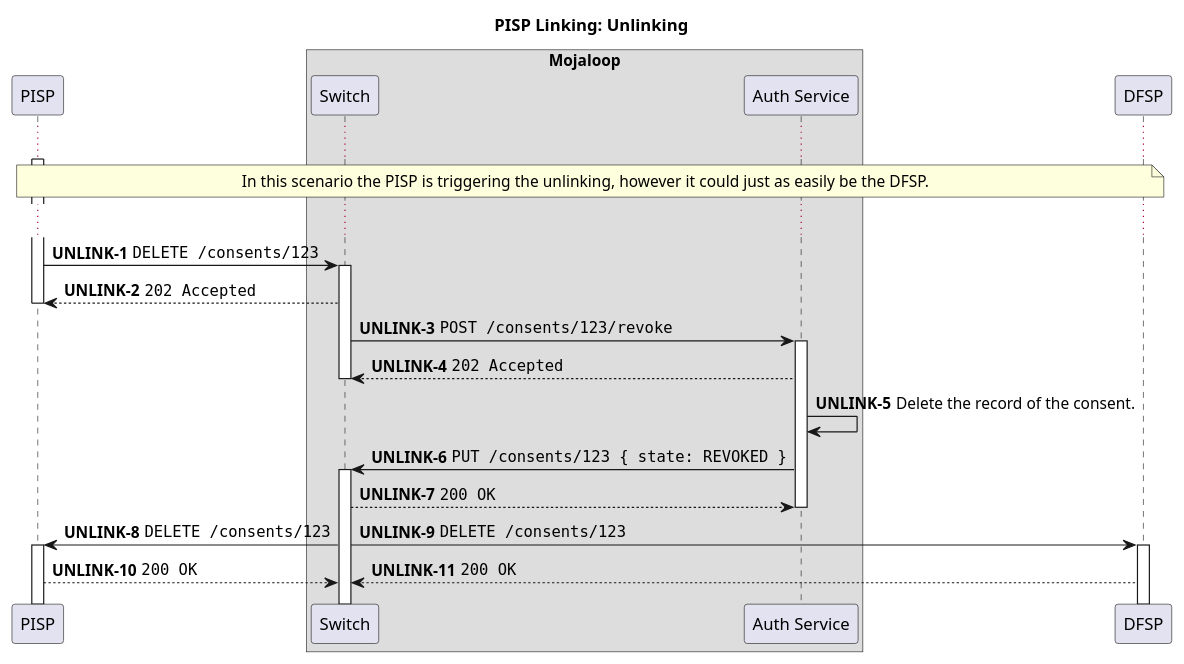
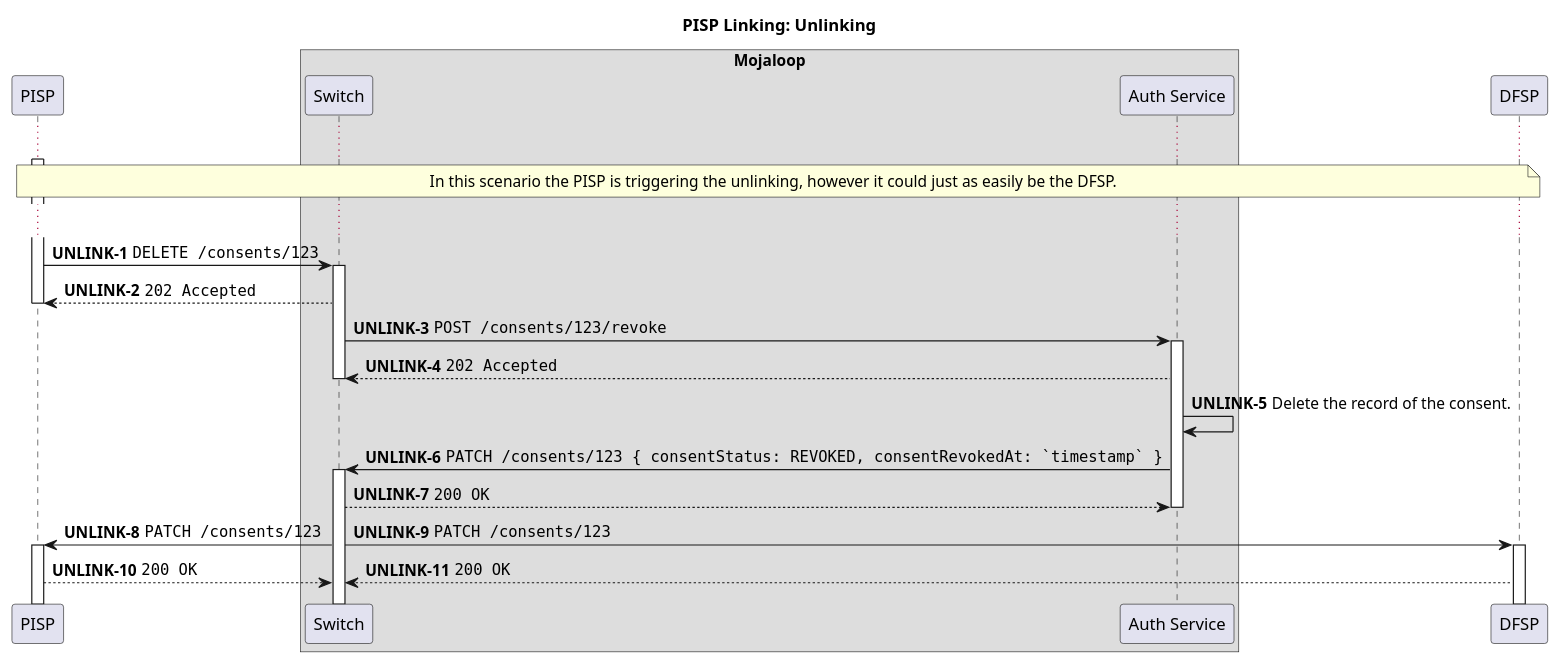
Before and after one commit to mojaloop/pisp-project: the diagram in docs/linking/unlinking.puml, drawn with PlantUML.

Commit message:
Updated based on PISP grooming session

```diff
--- a/docs/linking/unlinking.puml
+++ b/docs/linking/unlinking.puml
@@ -1,51 +1,51 @@
 @startuml
 
 !pragma teoz true
 
 title PISP Linking: Unlinking
 
 participant "PISP" as PISP
 
 box "Mojaloop"
     participant Switch
     participant "Auth Service" as Auth
 end box
 
 participant "DFSP" as DFSP
 
 autonumber 1 "<b>UNLINK-#</b>"
 
 activate PISP
 
 ...
 
 note over PISP, DFSP
   In this scenario the PISP is triggering the unlinking, however it could just as easily be the DFSP.
 end note
 
 ...
 
 PISP -> Switch ++: ""DELETE /consents/123""
 Switch --> PISP: ""202 Accepted""
 deactivate PISP
 
 ' TODO: Do we include the ALS lookup here to figure out which Auth service is
 ' responsible for the given Consent?
 
 Switch -> Auth ++:  ""POST /consents/123/revoke""
 Auth --> Switch: ""202 Accepted""
 deactivate Switch
 
 Auth -> Auth: Delete the record of the consent.
 
-Auth -> Switch ++: ""PUT /consents/123 { state: REVOKED }""
+Auth -> Switch ++: ""PATCH /consents/123 { consentStatus: REVOKED, consentRevokedAt: `timestamp` }""
 Switch --> Auth: ""200 OK""
 deactivate Auth
 
-Switch -> PISP ++: ""DELETE /consents/123""
-& Switch -> DFSP ++: ""DELETE /consents/123""
+Switch -> PISP ++: ""PATCH /consents/123""
+& Switch -> DFSP ++: ""PATCH /consents/123""
 
 PISP --> Switch: ""200 OK""
 & DFSP --> Switch: ""200 OK""
 
 @enduml
```
